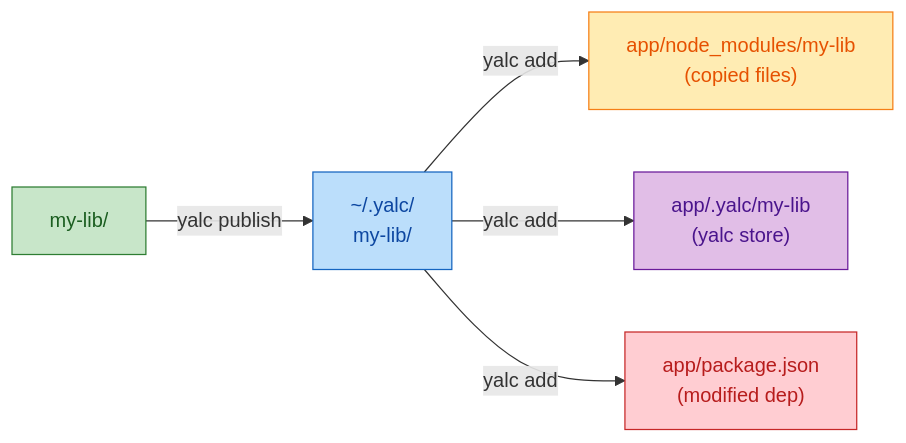
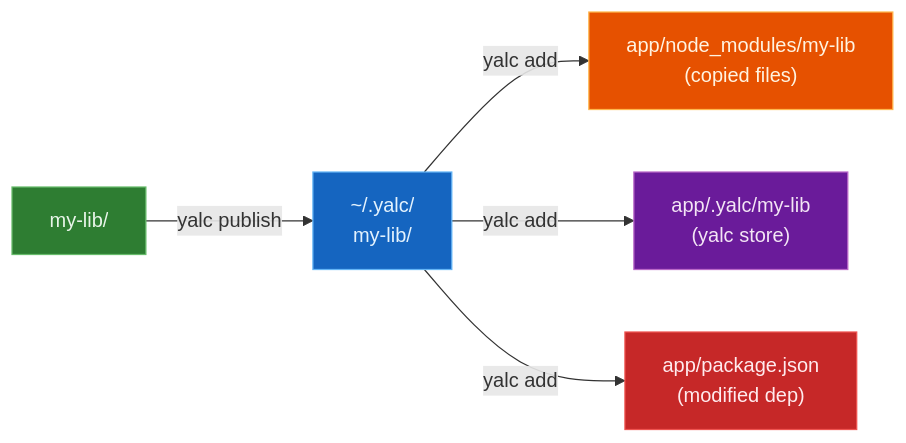
One commit to oleg-kuibar/plunk changed the second of 4 diagrams in docs/comparison.md. Above: the diagram before and after it, drawn with Mermaid. The commit also changed other lines of this file and 5 other files, not shown here.

First line of the commit message:
docs: use dark-fill mermaid colors for dark-themed UI readability

````diff
--- a/docs/comparison.md
+++ b/docs/comparison.md
@@ -23,13 +23,13 @@
 ```mermaid
 graph LR
     A["my-lib/"] -- "yalc publish" --> B["~/.yalc/<br/>my-lib/"]
     B -- "yalc add" --> C["app/node_modules/my-lib<br/>(copied files)"]
     B -- "yalc add" --> D["app/.yalc/my-lib<br/>(yalc store)"]
     B -- "yalc add" --> E["app/package.json<br/>(modified dep)"]
 
-    style A fill:#c8e6c9,stroke:#2e7d32,color:#1b5e20
-    style B fill:#bbdefb,stroke:#1565c0,color:#0d47a1
-    style C fill:#ffecb3,stroke:#f57f17,color:#e65100
-    style D fill:#e1bee7,stroke:#6a1b9a,color:#4a148c
-    style E fill:#ffcdd2,stroke:#c62828,color:#b71c1c
+    style A fill:#2e7d32,stroke:#66bb6a,color:#e8f5e9
+    style B fill:#1565c0,stroke:#64b5f6,color:#e3f2fd
+    style C fill:#e65100,stroke:#ffb74d,color:#fff3e0
+    style D fill:#6a1b9a,stroke:#ba68c8,color:#f3e5f5
+    style E fill:#c62828,stroke:#ef5350,color:#ffebee
 ```
````
